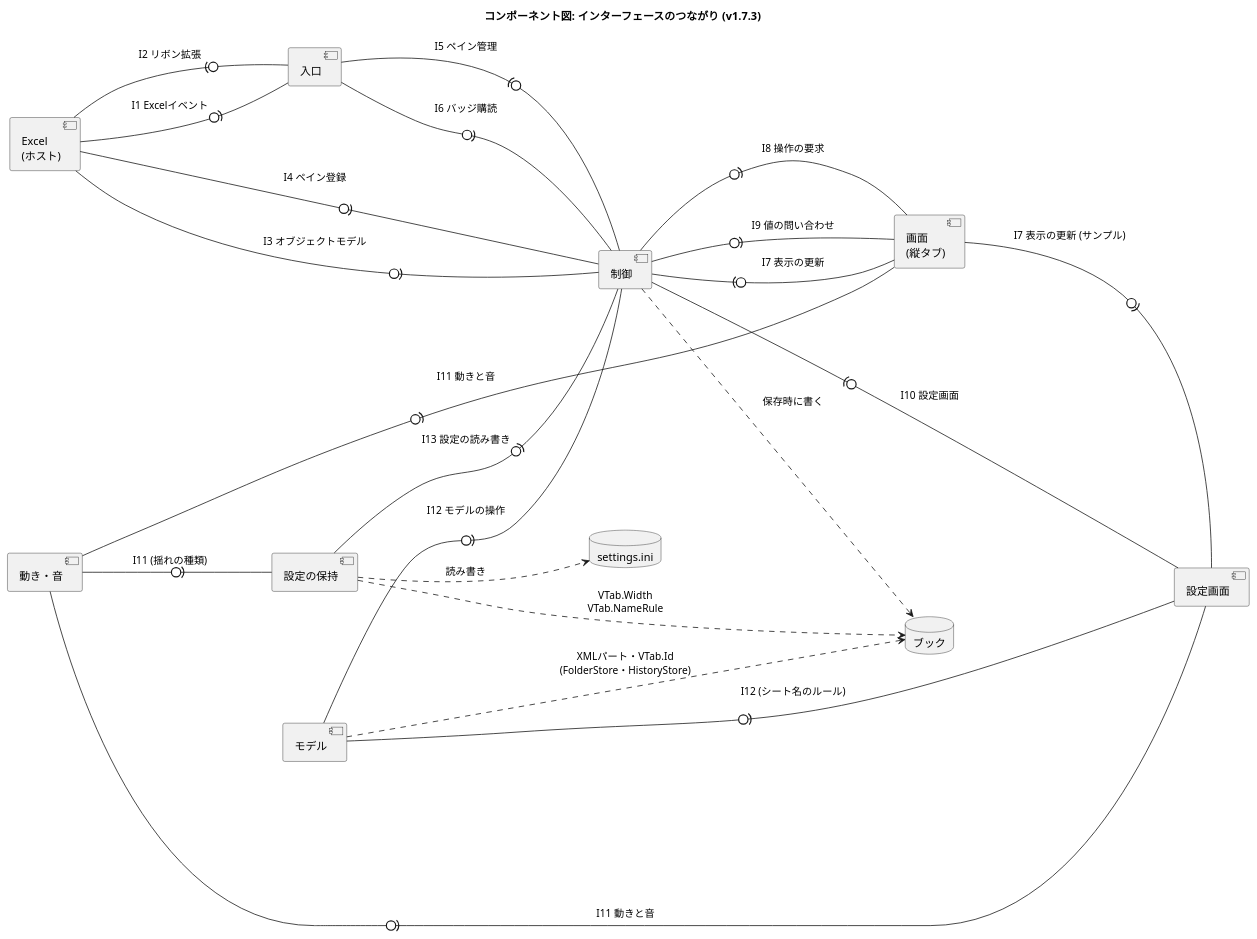
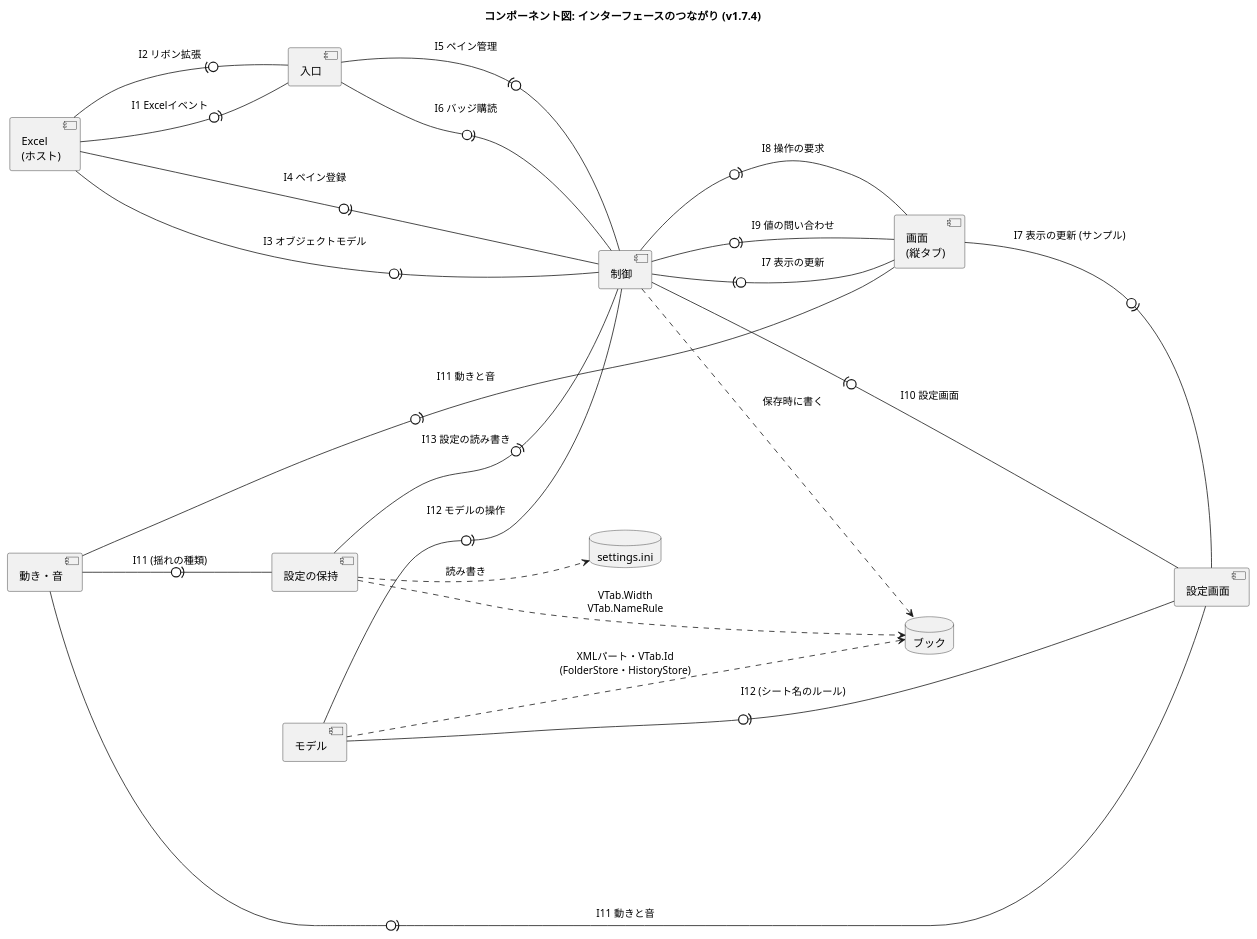
Before and after one commit to nk-taka623/VerticalSheetTabs: the diagram in docs/component-interface.puml, drawn with PlantUML. The commit also changed 15 other files, not shown here.

Commit message:
v1.7.4: バージョンを上げる (README の変更点、設定画面の画像、図)

```diff
--- a/docs/component-interface.puml
+++ b/docs/component-interface.puml
@@ -1,43 +1,43 @@
 @startuml
-title コンポーネント図: インターフェースのつながり (v1.7.3)
+title コンポーネント図: インターフェースのつながり (v1.7.4)
 left to right direction
 skinparam componentStyle uml2
 skinparam shadowing false
 skinparam nodesep 50
 skinparam ranksep 110
 
 component "Excel\n(ホスト)" as HOST
 component "入口" as ENTRY
 component "制御" as CTRL
 component "画面\n(縦タブ)" as VIEW
 component "設定画面" as SETTINGS
 component "動き・音" as FX
 component "モデル" as MODEL
 component "設定の保持" as CONFIG
 database "ブック" as BOOK
 database "settings.ini" as INI
 
 ' 「提供側 -0)- 利用側」: 丸が提供するインターフェース、受け口が利用 (I1 から I13 は、DEVELOPMENT.md の表)
 HOST -0)- ENTRY : I1 Excelイベント
 ENTRY -0)- HOST : I2 リボン拡張
 HOST -0)- CTRL : I3 オブジェクトモデル
 HOST -0)- CTRL : I4 ペイン登録
 CTRL -0)- ENTRY : I5 ペイン管理
 ENTRY -0)- CTRL : I6 バッジ購読
 VIEW -0)- CTRL : I7 表示の更新
 CTRL -0)- VIEW : I8 操作の要求
 CTRL -0)- VIEW : I9 値の問い合わせ
 SETTINGS -0)- CTRL : I10 設定画面
 VIEW -0)- SETTINGS : I7 表示の更新 (サンプル)
 FX -0)- VIEW : I11 動きと音
 FX -0)- SETTINGS : I11 動きと音
 FX -0)- CONFIG : I11 (揺れの種類)
 MODEL -0)- CTRL : I12 モデルの操作
 MODEL -0)- SETTINGS : I12 (シート名のルール)
 CONFIG -0)- CTRL : I13 設定の読み書き
 
 CTRL ..> BOOK : 保存時に書く
 MODEL ..> BOOK : XMLパート・VTab.Id\n(FolderStore・HistoryStore)
 CONFIG ..> BOOK : VTab.Width\nVTab.NameRule
 CONFIG ..> INI : 読み書き
 @enduml
```
